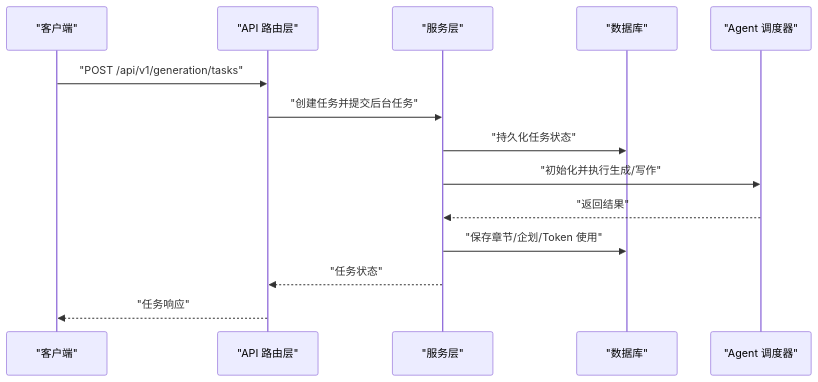
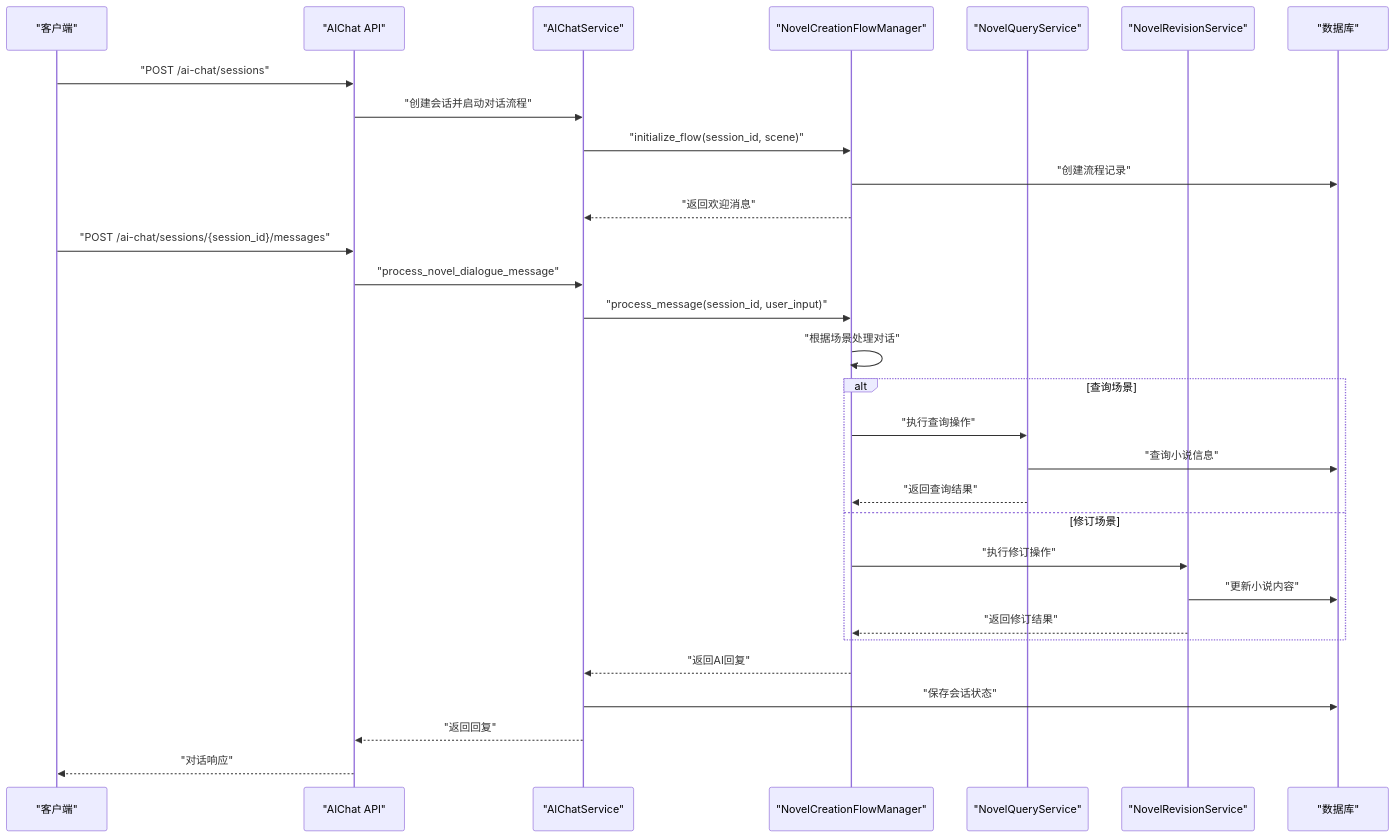
One commit to xfbyxq/ai-novel-system changed the second of 8 diagrams in .qoder/repowiki/zh/content/后端架构/服务层设计.md. Above: the diagram before and after it, drawn with Mermaid. The commit also changed other lines of this file and 84 other files, not shown here.

````diff
--- a/.qoder/repowiki/zh/content/后端架构/服务层设计.md
+++ b/.qoder/repowiki/zh/content/后端架构/服务层设计.md
@@ -131,16 +167,32 @@
 ```mermaid
 sequenceDiagram
 participant Client as "客户端"
-participant API as "API 路由层"
-participant Svc as "服务层"
+participant API as "AIChat API"
+participant AI as "AIChatService"
+participant Flow as "NovelCreationFlowManager"
+participant Query as "NovelQueryService"
+participant Revise as "NovelRevisionService"
 participant DB as "数据库"
-participant Agent as "Agent 调度器"
-Client->>API : "POST /api/v1/generation/tasks"
-API->>Svc : "创建任务并提交后台任务"
-Svc->>DB : "持久化任务状态"
-Svc->>Agent : "初始化并执行生成/写作"
-Agent-->>Svc : "返回结果"
-Svc->>DB : "保存章节/企划/Token 使用"
-Svc-->>API : "任务状态"
-API-->>Client : "任务响应"
+Client->>API : "POST /ai-chat/sessions"
+API->>AI : "创建会话并启动对话流程"
+AI->>Flow : "initialize_flow(session_id, scene)"
+Flow->>DB : "创建流程记录"
+Flow-->>AI : "返回欢迎消息"
+Client->>API : "POST /ai-chat/sessions/{session_id}/messages"
+API->>AI : "process_novel_dialogue_message"
+AI->>Flow : "process_message(session_id, user_input)"
+Flow->>Flow : "根据场景处理对话"
+alt 查询场景
+Flow->>Query : "执行查询操作"
+Query->>DB : "查询小说信息"
+Query-->>Flow : "返回查询结果"
+else 修订场景
+Flow->>Revise : "执行修订操作"
+Revise->>DB : "更新小说内容"
+Revise-->>Flow : "返回修订结果"
+end
+Flow-->>AI : "返回AI回复"
+AI->>DB : "保存会话状态"
+AI-->>API : "返回回复"
+API-->>Client : "对话响应"
 ```
````
